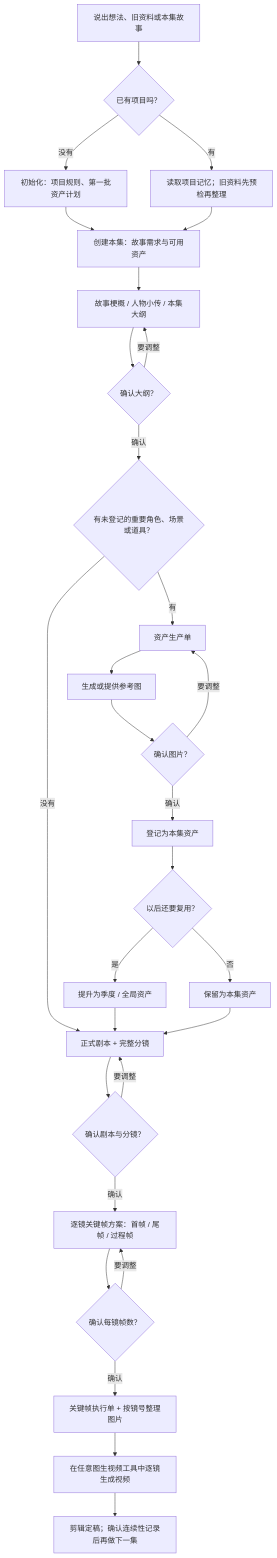
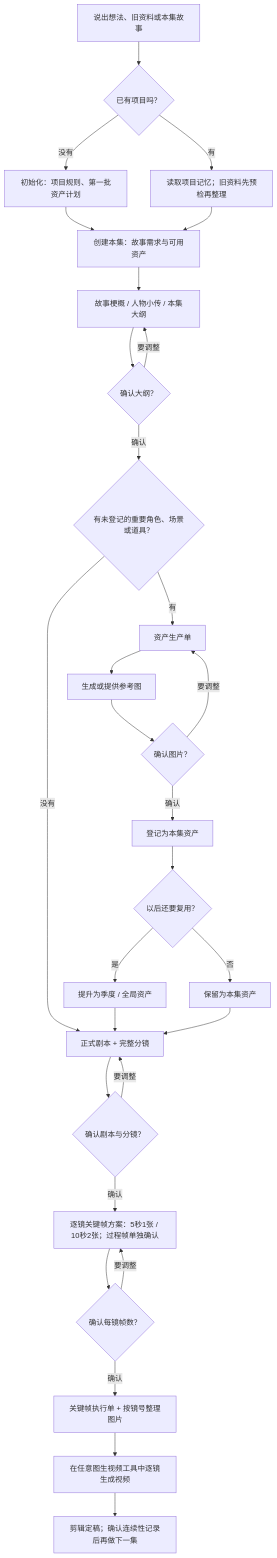
One commit to jimtracy1007/short-drama-butler changed the diagram in README.md. Above: the diagram before and after it, drawn with Mermaid. The commit also changed other lines of this file and 9 other files, not shown here.

````diff
--- a/README.md
+++ b/README.md
@@ -24,31 +24,31 @@
 ```mermaid
 flowchart TD
     A["说出想法、旧资料或本集故事"] --> B{"已有项目吗？"}
     B -->|没有| C["初始化：项目规则、第一批资产计划"]
     B -->|有| D["读取项目记忆；旧资料先预检再整理"]
     C --> E["创建本集：故事需求与可用资产"]
     D --> E
     E --> F["故事梗概 / 人物小传 / 本集大纲"]
     F --> G{"确认大纲？"}
     G -->|要调整| F
     G -->|确认| H{"有未登记的重要角色、场景或道具？"}
     H -->|有| I["资产生产单"]
     I --> J["生成或提供参考图"]
     J --> K{"确认图片？"}
     K -->|要调整| I
     K -->|确认| L["登记为本集资产"]
     L --> M{"以后还要复用？"}
     M -->|是| N["提升为季度 / 全局资产"]
     M -->|否| O["保留为本集资产"]
     H -->|没有| P["正式剧本 + 完整分镜"]
     N --> P
     O --> P
     P --> Q{"确认剧本与分镜？"}
     Q -->|要调整| P
-    Q -->|确认| R["逐镜关键帧方案：首帧 / 尾帧 / 过程帧"]
+    Q -->|确认| R["逐镜关键帧方案：5秒1张 / 10秒2张；过程帧单独确认"]
     R --> S{"确认每镜帧数？"}
     S -->|要调整| R
     S -->|确认| T["关键帧执行单 + 按镜号整理图片"]
     T --> U["在任意图生视频工具中逐镜生成视频"]
     U --> V["剪辑定稿；确认连续性记录后再做下一集"]
 ```
````
